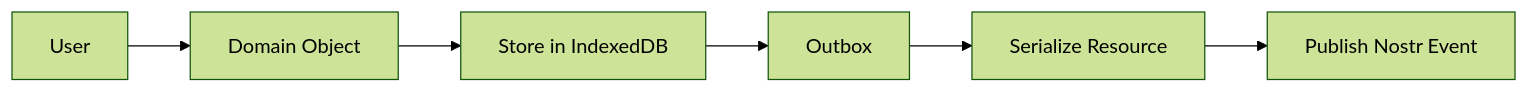
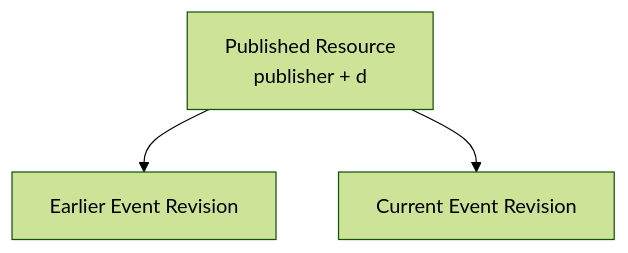
Before and after one commit to kjvonly/kjvonly.bible: the sixth of 13 diagrams in docs/decisions/0002-domain-resource-model.md, drawn with Mermaid (forest theme). The commit also changed other lines of this file, not shown here.

````diff
--- a/docs/decisions/0002-domain-resource-model.md
+++ b/docs/decisions/0002-domain-resource-model.md
@@ -920,15 +564,8 @@
 ```mermaid
-flowchart LR
+flowchart TD
 
-    USER["User"]
+    RESOURCE["Published Resource<br/>publisher + d"]
 
-    USER --> DOMAIN["Domain Object"]
-
-    DOMAIN --> STORE["Store in IndexedDB"]
-
-    STORE --> OUTBOX["Outbox"]
-
-    OUTBOX --> SERIALIZE["Serialize Resource"]
-
-    SERIALIZE --> EVENT["Publish Nostr Event"]
+    RESOURCE --> REVISION1["Earlier Event Revision"]
+    RESOURCE --> REVISION2["Current Event Revision"]
 ```
````
